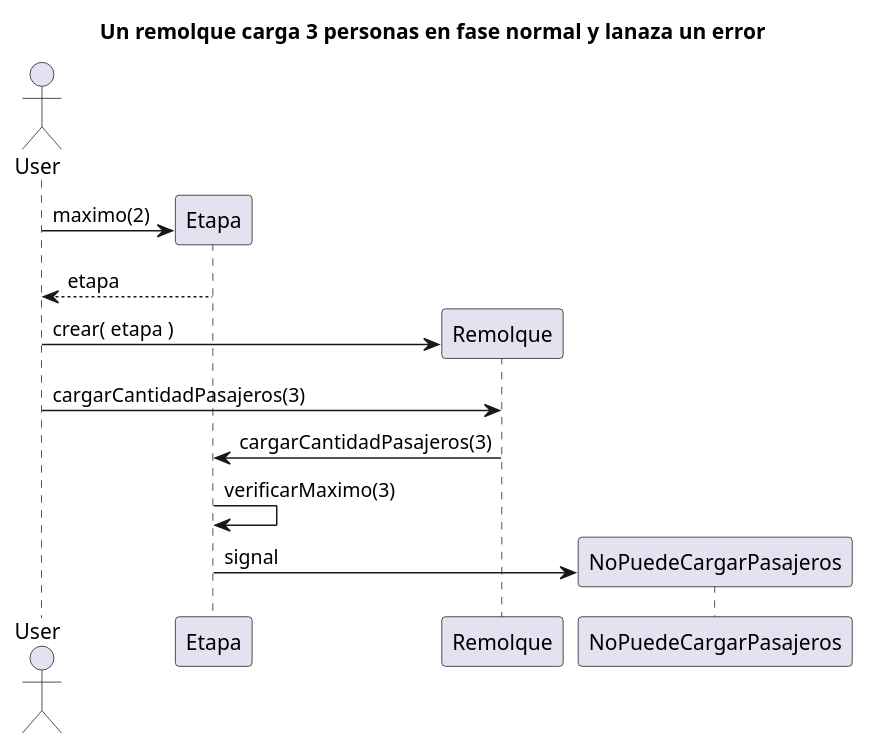
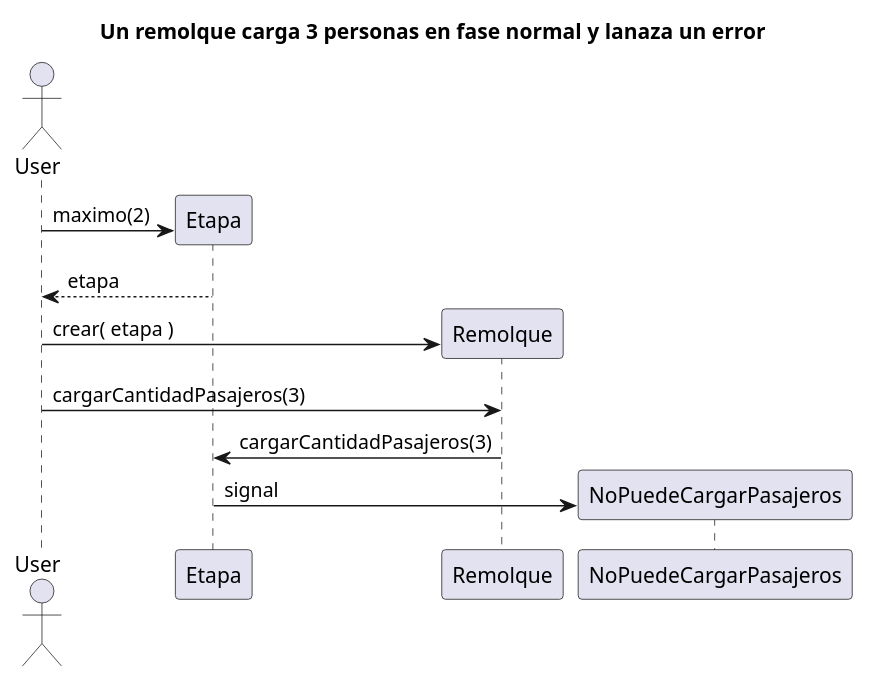
Before and after one commit to fiuba/algo3_resolucion_parcial_20201201: the diagram in diagrams/diagrama_secuencia_carga_fase_normal.plantuml, drawn with PlantUML. The commit also changed 2 other files, not shown here.

Commit message:
Raw diagrams

```diff
--- a/diagrams/diagrama_secuencia_carga_fase_normal.plantuml
+++ b/diagrams/diagrama_secuencia_carga_fase_normal.plantuml
@@ -1,45 +1,14 @@
 @startuml
 
 title Un remolque carga 3 personas en fase normal y lanaza un error
 
 actor User
 
 User -> Etapa **: maximo(2)
 return etapa
 User -> Remolque **: crear( etapa )
 User -> Remolque: cargarCantidadPasajeros(3)
 Remolque -> Etapa: cargarCantidadPasajeros(3)
-Etapa -> Etapa: verificarMaximo(3)
 Etapa -> NoPuedeCargarPasajeros **: signal
 
-/'
- ' class Etapa {
- '         - maximo : Int
- '         - personas : Int
- ' 
- '         + maximo( unMaximoPasajero : Int): Etapa
- '         
- '         + cargarCantidadPasajeros( cantidad : Int)
- '         
- ' }
- ' 
- ' class Remolque {
- '         tipo( e : Etapa) : Remolque
- ' 
- '         + cargarCantidadPasajeros( c : Int)
- '         + cantidadPasajeros() : Int
- ' }
- ' 
- ' class NoPuedeCargarPasajeros {}
- ' 
- ' class Error {}
- ' 
- ' Remolque *- Etapa
- ' 
- ' Etapa .right.> NoPuedeCargarPasajeros: <<instanciate>>
- ' 
- ' Error <|-- NoPuedeCargarPasajeros
- '/
-
-
 @enduml
```
